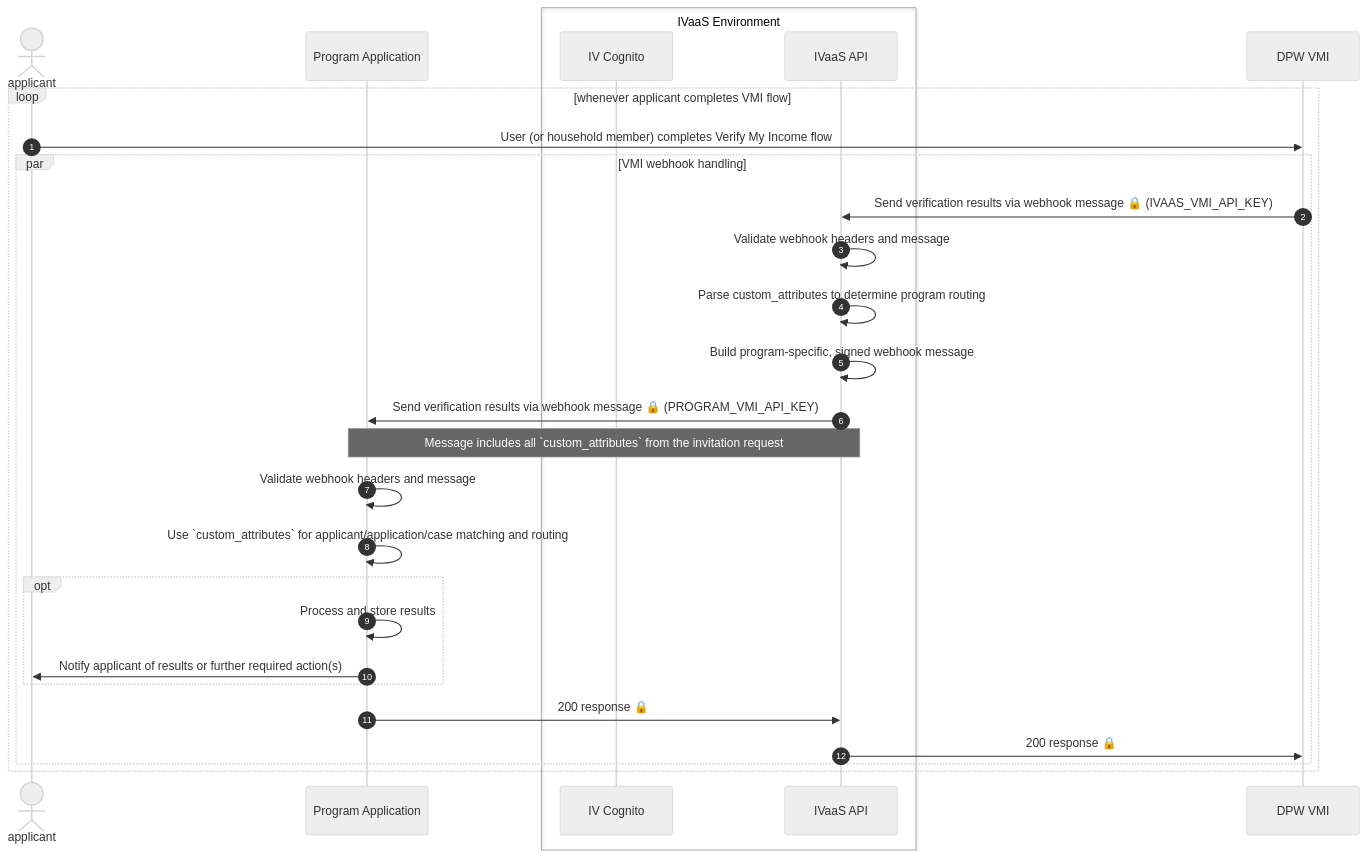
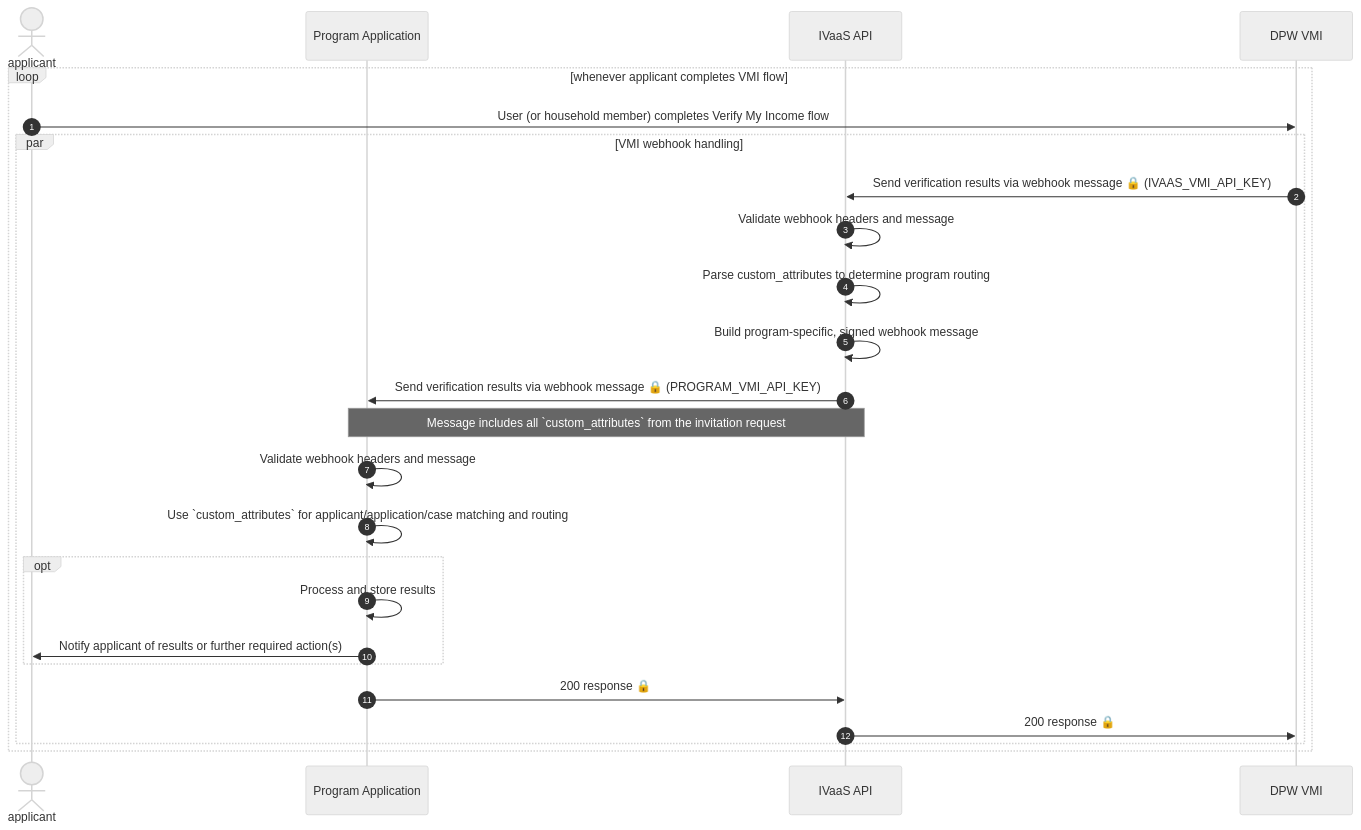
One commit to coloradodigitalservice/ivaas changed the fifth of 6 diagrams in income-verification-api/packages/adapters/dpw-vmi/docs/data-flow.md. Above: the diagram before and after it, drawn with Mermaid (neutral theme). The commit also changed other lines of this file, not shown here.

Commit message:
Add pilot phase data flow diagrams

````diff
--- a/income-verification-api/packages/adapters/dpw-vmi/docs/data-flow.md
+++ b/income-verification-api/packages/adapters/dpw-vmi/docs/data-flow.md
@@ -62,35 +143,32 @@
 ```mermaid
     sequenceDiagram
     autonumber
 
     actor applicant
     participant programApp as Program Application
-    box IVaaS Environment
-        participant cognito as IV Cognito
-        participant api as IVaaS API
-    end
+    participant api as IVaaS API
     participant vmi as DPW VMI
     
     loop whenever applicant completes VMI flow
         applicant->>vmi: User (or household member) completes Verify My Income flow
 
         par VMI webhook handling
             vmi->>api: Send verification results via webhook message 🔒 (IVAAS_VMI_API_KEY)
             api->>api: Validate webhook headers and message
             api->>api: Parse custom_attributes to determine program routing
             api->>api: Build program-specific, signed webhook message
             api->>programApp: Send verification results via webhook message 🔒 (PROGRAM_VMI_API_KEY)
             note over programApp,api: Message includes all `custom_attributes` from the invitation request
             programApp->>programApp: Validate webhook headers and message
             programApp->>programApp: Use `custom_attributes` for applicant/application/case matching and routing
 
             opt
                 programApp->>programApp: Process and store results
                 programApp->>applicant: Notify applicant of results or further required action(s)
             end
 
             programApp->>api: 200 response 🔒
             api->>vmi: 200 response 🔒
         end
    end
 ```
````
